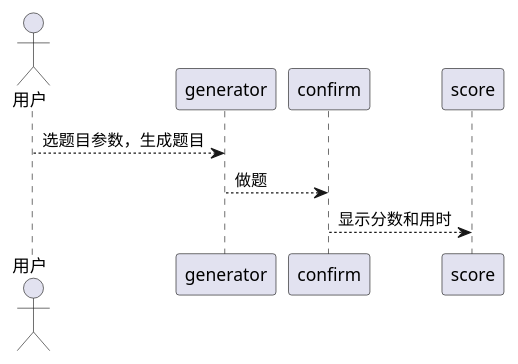
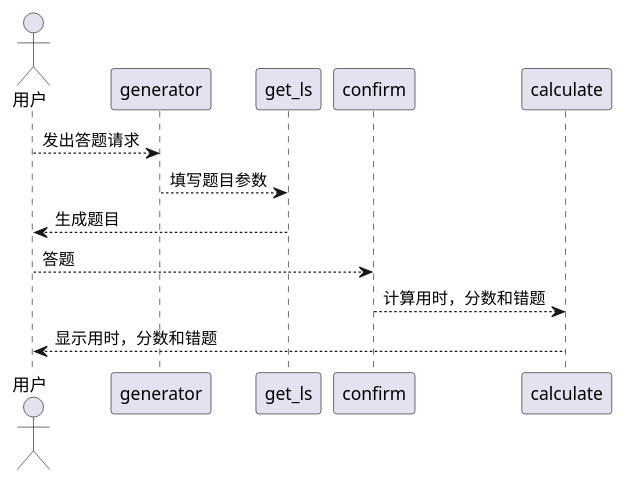
Before and after one commit to Skybluewater/QuestGeneratorWebsite: the diagram in uml/QuestionSequence.puml, drawn with PlantUML. The commit also changed 4 other files, not shown here.

Commit message:
重新画了uml顺序图

```diff
--- a/uml/QuestionSequence.puml
+++ b/uml/QuestionSequence.puml
@@ -1,6 +1,9 @@
 @startuml
 actor 用户
-用户 --> generator: 选题目参数，生成题目
-generator --> confirm: 做题
-confirm --> score: 显示分数和用时
+用户 --> generator: 发出答题请求
+generator --> get_ls: 填写题目参数
+get_ls --> 用户: 生成题目
+用户 --> confirm: 答题
+confirm --> calculate: 计算用时，分数和错题
+calculate --> 用户: 显示用时，分数和错题
 @enduml
```
